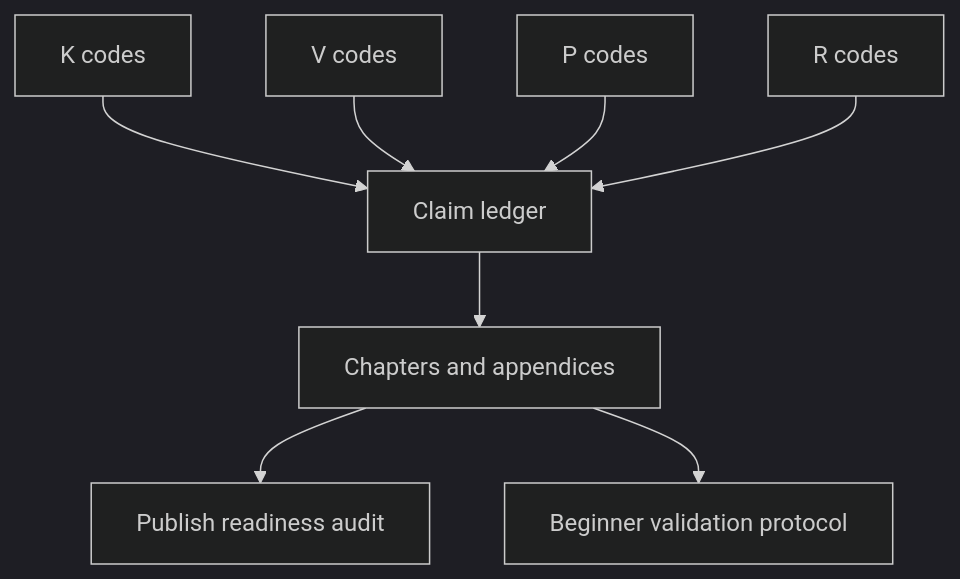
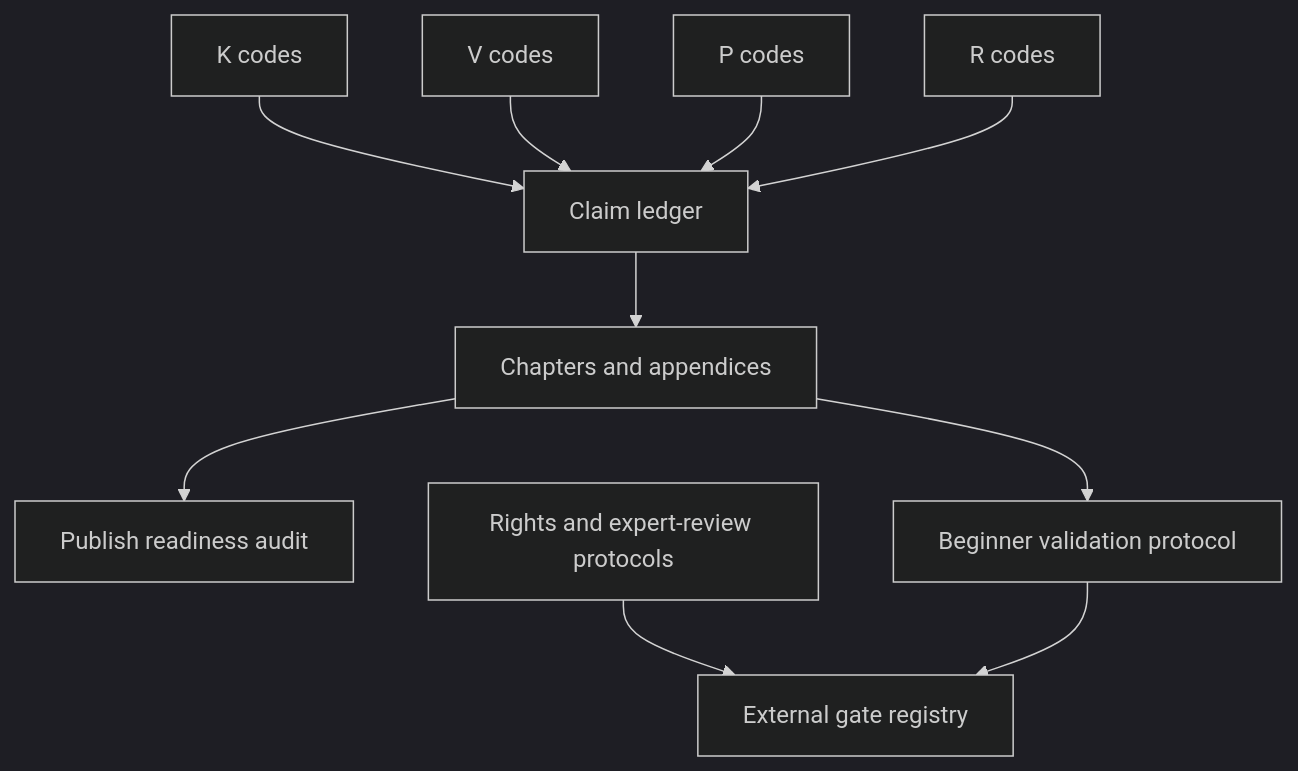
The second of 3 diagrams in book/references/AGENTS.md (streamentry/streamentry), drawn with Mermaid (dark theme) before and after one commit. The commit also changed other lines of this file and 32 other files, not shown here.

````diff
--- a/book/references/AGENTS.md
+++ b/book/references/AGENTS.md
@@ -41,10 +48,12 @@
 ```mermaid
 flowchart TB
   K["K codes"] --> L["Claim ledger"]
   V["V codes"] --> L
   P["P codes"] --> L
   R["R codes"] --> L
   L --> C["Chapters and appendices"]
   C --> Q["Publish readiness audit"]
   C --> U["Beginner validation protocol"]
+  X["Rights and expert-review protocols"] --> G["External gate registry"]
+  U --> G
 ```
````
